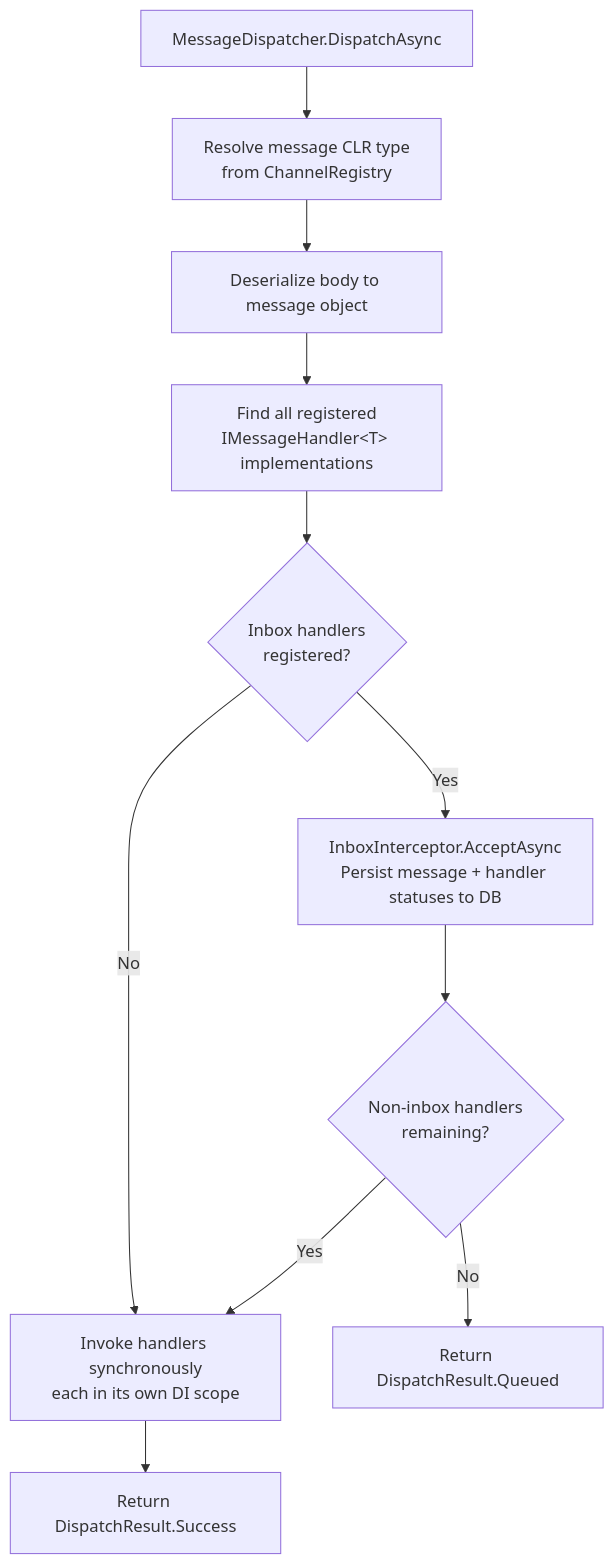
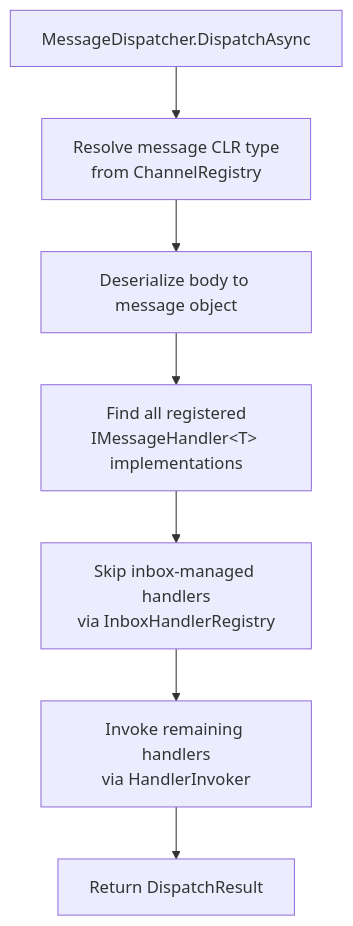
One commit to saithis/Ratatoskr changed the seventh of 9 diagrams in docs/architecture.md. Above: the diagram before and after it, drawn with Mermaid. The commit also changed other lines of this file and 19 other files, not shown here.

Commit message:
Improve architecture around inbox

````diff
--- a/docs/architecture.md
+++ b/docs/architecture.md
@@ -244,16 +251,9 @@
 ```mermaid
 flowchart TD
     D[MessageDispatcher.DispatchAsync] --> Resolve[Resolve message CLR type<br/>from ChannelRegistry]
     Resolve --> Deserialize[Deserialize body to message object]
     Deserialize --> FindHandlers[Find all registered<br/>IMessageHandler&lt;T&gt; implementations]
-    FindHandlers --> HasInbox{Inbox handlers<br/>registered?}
-
-    HasInbox -->|Yes| Intercept[InboxInterceptor.AcceptAsync<br/>Persist message + handler statuses to DB]
-    HasInbox -->|No| InvokeAll
-
-    Intercept --> HasFireForget{Non-inbox handlers<br/>remaining?}
-    HasFireForget -->|Yes| InvokeAll[Invoke handlers synchronously<br/>each in its own DI scope]
-    HasFireForget -->|No| ReturnQueued[Return DispatchResult.Queued]
-
-    InvokeAll --> ReturnSuccess[Return DispatchResult.Success]
+    FindHandlers --> SkipInbox[Skip inbox-managed handlers<br/>via InboxHandlerRegistry]
+    SkipInbox --> InvokeAll[Invoke remaining handlers<br/>via HandlerInvoker]
+    InvokeAll --> ReturnResult[Return DispatchResult]
 ```
````
